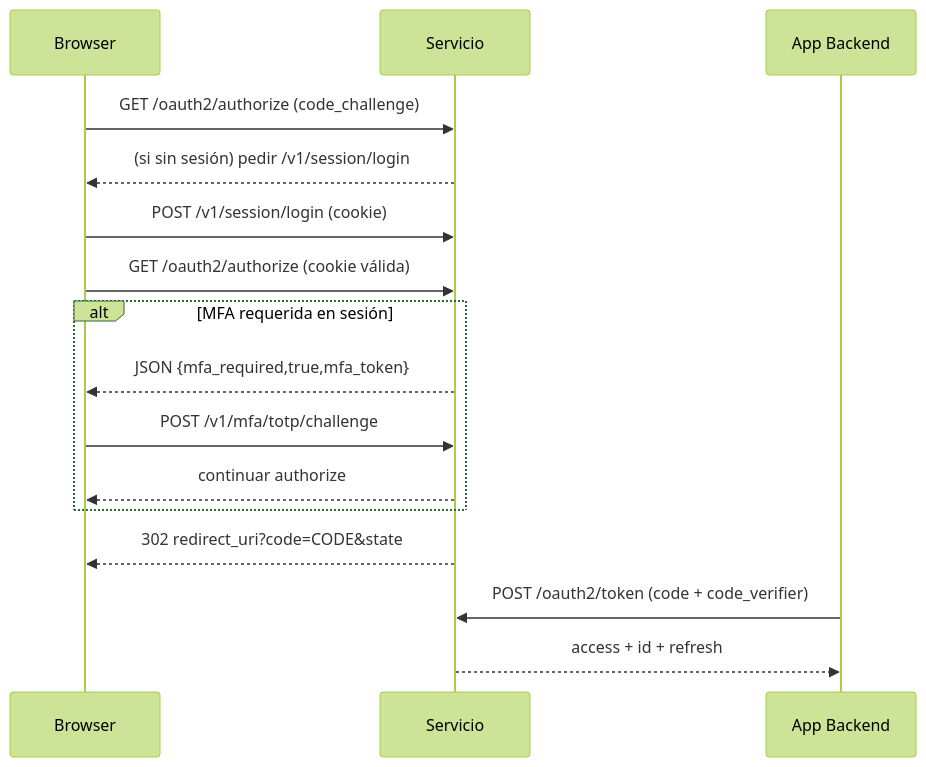
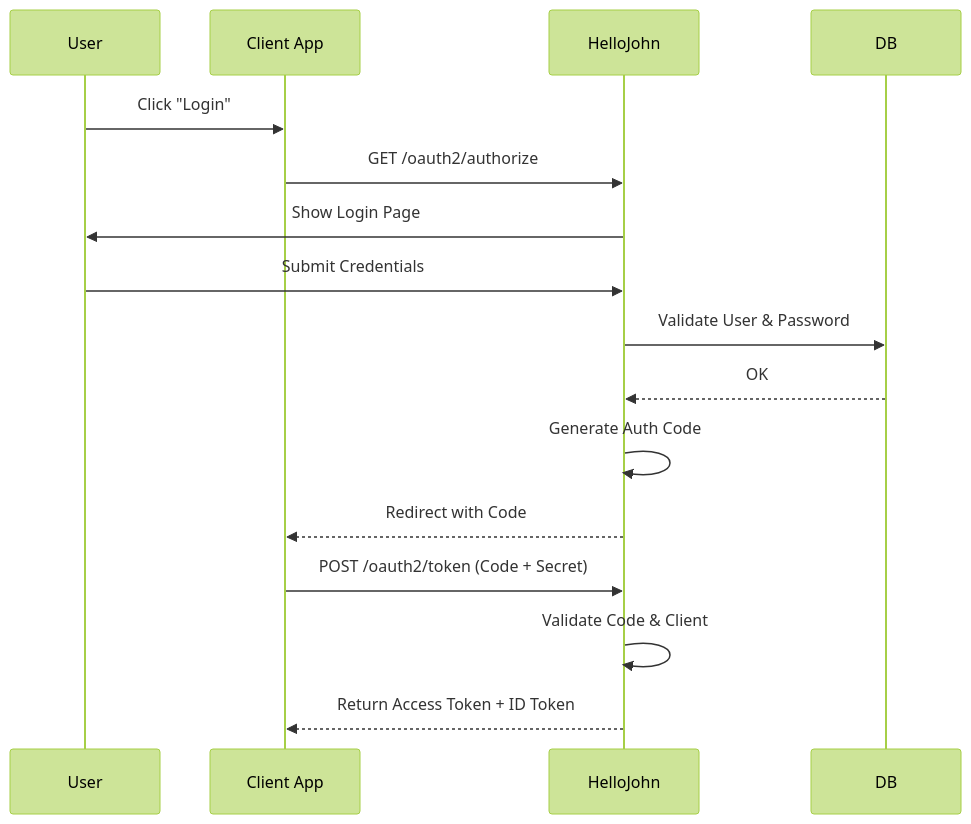
One commit to dropDatabas3/hellojohn changed the fourth of 4 diagrams in README.md. Above: the diagram before and after it, drawn with Mermaid (forest theme). The commit also changed other lines of this file and 6 other files, not shown here.

````diff
--- a/README.md
+++ b/README.md
@@ -449,18 +184,19 @@
 ```mermaid
 sequenceDiagram
-participant B as Browser
-participant S as Servicio
-participant A as App Backend
-B->>S: GET /oauth2/authorize (code_challenge)
-S-->>B: (si sin sesión) pedir /v1/session/login
-B->>S: POST /v1/session/login (cookie)
-B->>S: GET /oauth2/authorize (cookie válida)
-alt MFA requerida en sesión
-  S-->>B: JSON {mfa_required,true,mfa_token}
-  B->>S: POST /v1/mfa/totp/challenge
-  S-->>B: continuar authorize
-end
-S-->>B: 302 redirect_uri?code=CODE&state
-A->>S: POST /oauth2/token (code + code_verifier)
-S-->>A: access + id + refresh
+    participant User
+    participant App as Client App
+    participant HJ as HelloJohn
+    participant DB
+
+    User->>App: Click "Login"
+    App->>HJ: GET /oauth2/authorize
+    HJ->>User: Show Login Page
+    User->>HJ: Submit Credentials
+    HJ->>DB: Validate User & Password
+    DB-->>HJ: OK
+    HJ->>HJ: Generate Auth Code
+    HJ-->>App: Redirect with Code
+    App->>HJ: POST /oauth2/token (Code + Secret)
+    HJ->>HJ: Validate Code & Client
+    HJ-->>App: Return Access Token + ID Token
 ```
````
